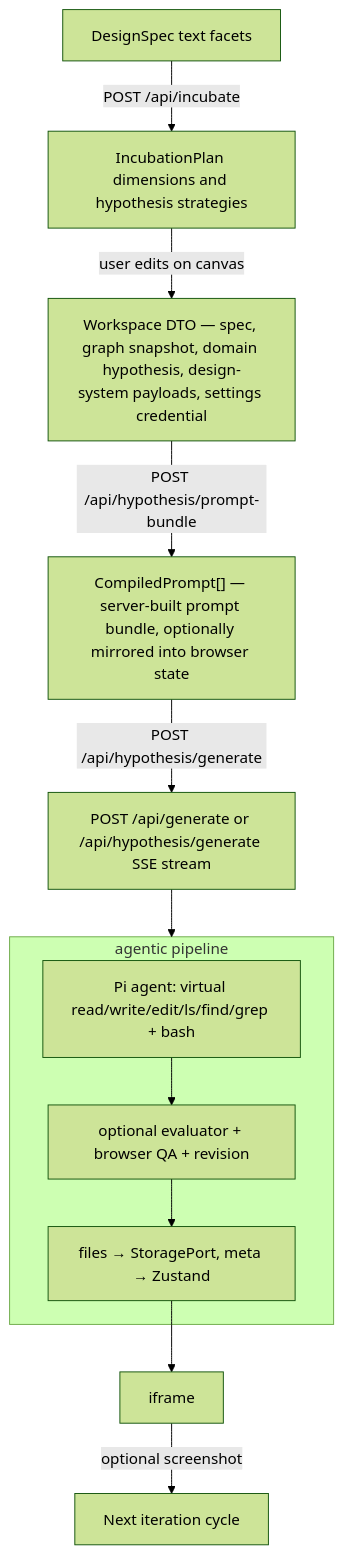
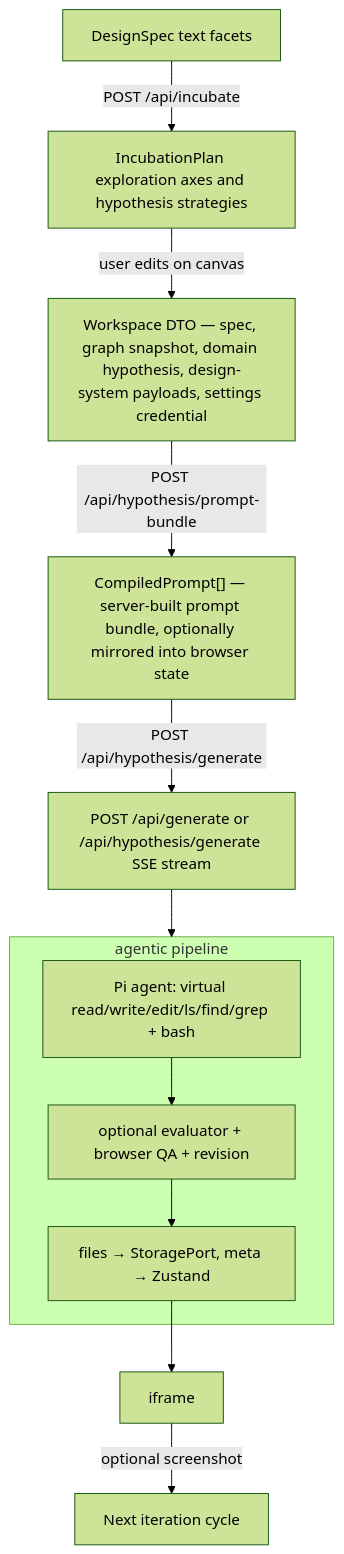
Before and after one commit to wolfyy970/auto-designer: the fourth of 4 diagrams in ARCHITECTURE.md, drawn with Mermaid (forest theme). The commit also changed other lines of this file and 74 other files, not shown here.

First line of the commit message:
Clean up incubation strategy flow

````diff
--- a/ARCHITECTURE.md
+++ b/ARCHITECTURE.md
@@ -184,26 +184,26 @@
 ```mermaid
 flowchart TB
   designSpec[DesignSpec text facets]
-  incubationPlan[IncubationPlan dimensions and hypothesis strategies]
+  incubationPlan[IncubationPlan exploration axes and hypothesis strategies]
   workspaceDto["Workspace DTO — spec, graph snapshot, domain hypothesis, design-system payloads, settings credential"]
   compiledPrompt["CompiledPrompt[] — server-built prompt bundle, optionally mirrored into browser state"]
   generate[POST /api/generate or /api/hypothesis/generate SSE stream]
 
   designSpec -->|POST /api/incubate| incubationPlan
   incubationPlan -->|user edits on canvas| workspaceDto
   workspaceDto -->|POST /api/hypothesis/prompt-bundle| compiledPrompt
   compiledPrompt -->|POST /api/hypothesis/generate| generate
 
   generate --> agenticMode
 
   subgraph agenticMode [agentic pipeline]
     piLoop["Pi agent: virtual read/write/edit/ls/find/grep + bash"]
     optionalEval[optional evaluator + browser QA + revision]
     agenticStore[files → StoragePort, meta → Zustand]
     piLoop --> optionalEval
     optionalEval --> agenticStore
   end
 
   agenticStore --> iframe
   iframe -->|optional screenshot| nextIteration[Next iteration cycle]
 ```
````
